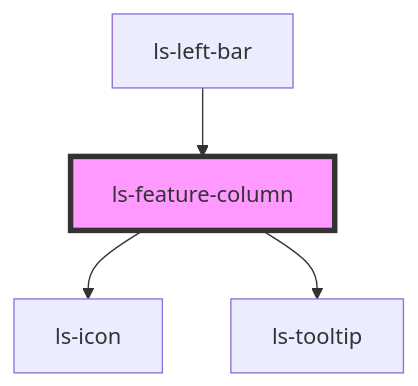
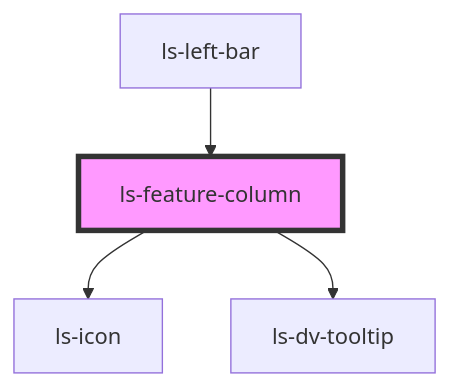
One commit to legalesign/ls-document-viewer changed the diagram in src/components/ls-feature-column/readme.md. Above: the diagram before and after it, drawn with Mermaid. The commit also changed other lines of this file and 72 other files, not shown here.

````diff
--- a/src/components/ls-feature-column/readme.md
+++ b/src/components/ls-feature-column/readme.md
@@ -35,7 +35,7 @@
 ```mermaid
 graph TD;
   ls-feature-column --> ls-icon
-  ls-feature-column --> ls-tooltip
+  ls-feature-column --> ls-dv-tooltip
   ls-left-bar --> ls-feature-column
   style ls-feature-column fill:#f9f,stroke:#333,stroke-width:4px
 ```
````
